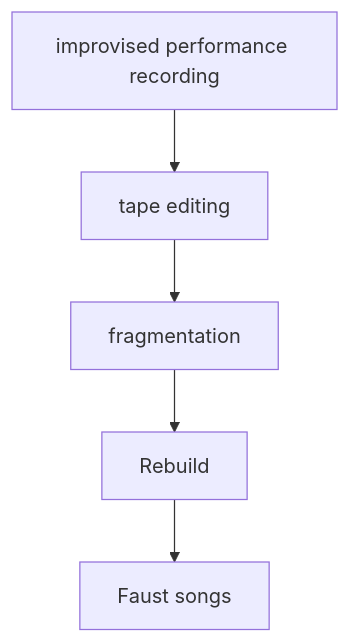
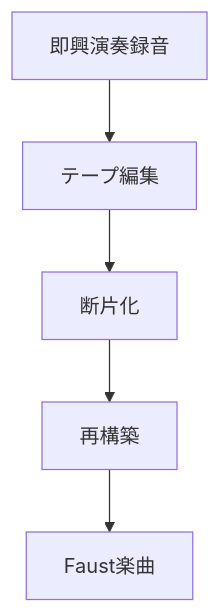
One commit to monumental-movement/monumental-movement.github.io changed the second of 6 diagrams in en/_posts/2026-05-24-column-faust.md. Above: the diagram before and after it, drawn with Mermaid. The commit also changed other lines of this file and 2196 other files, not shown here.

```diff
--- a/en/_posts/2026-05-24-column-faust.md
+++ b/en/_posts/2026-05-24-column-faust.md
@@ -123,7 +122,7 @@
 <div class="mermaid">
 flowchart TD
-A[improvised performance recording] --> B[tape editing]
-B --> C[fragmentation]
-C --> D[Rebuild]
-D --> E[Faust songs]
+A[即興演奏録音] --> B[テープ編集]
+B --> C[断片化]
+C --> D[再構築]
+D --> E[Faust楽曲]
 </div>
```
